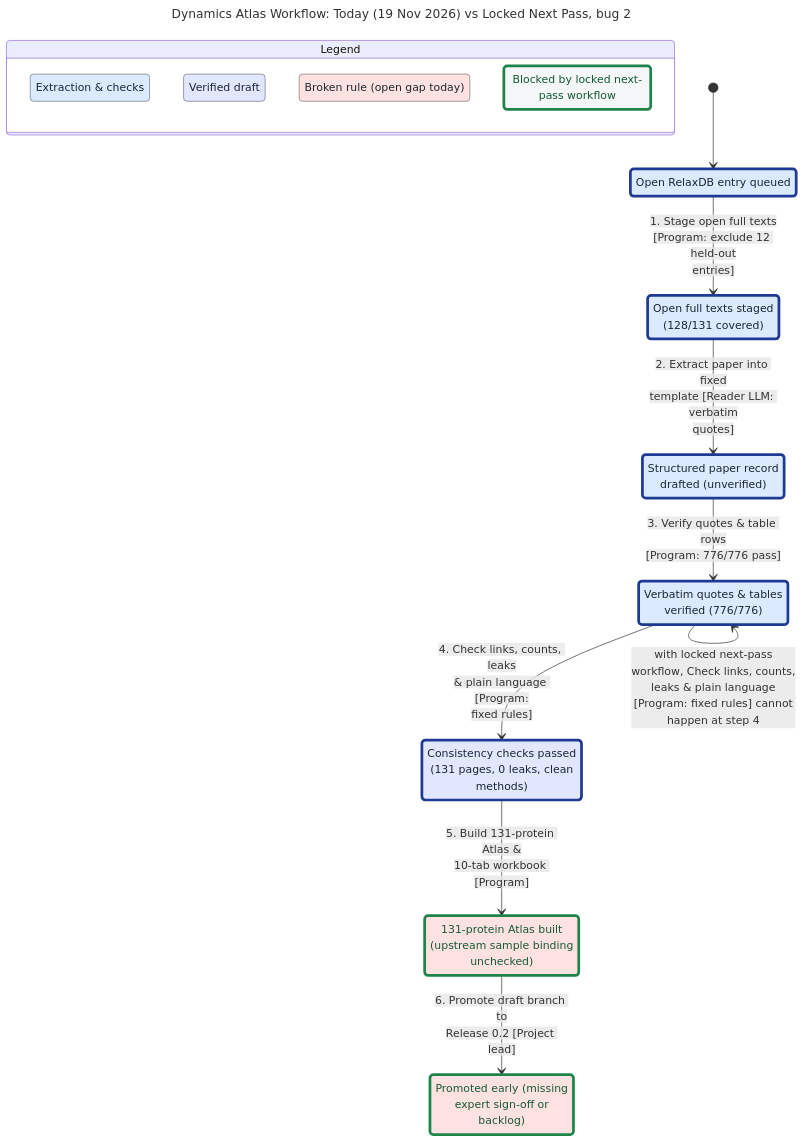
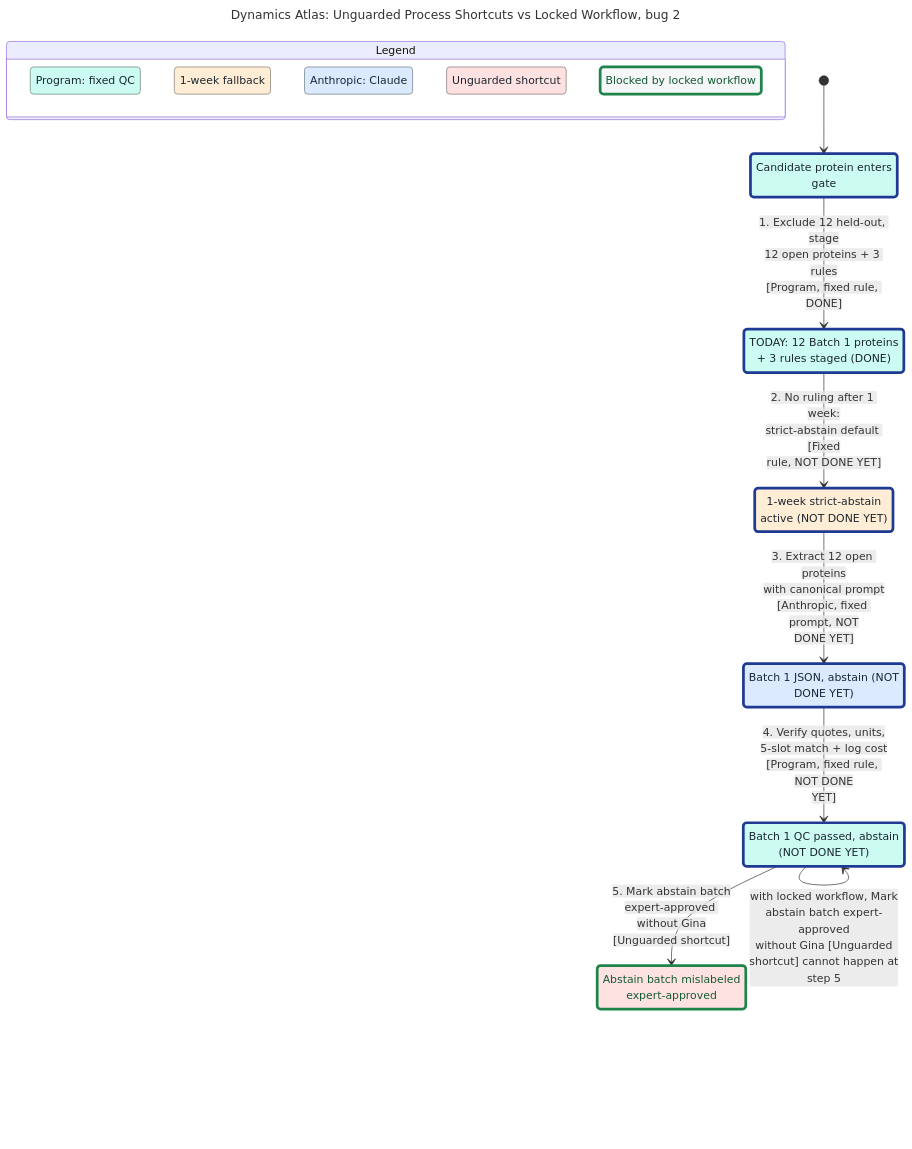
Before and after one commit to alex051107/dynamics-atlas-relaxdb: the diagram in methods/statechart/bug-2.mmd, drawn with Mermaid. The commit also changed 19 other files, not shown here.

Commit message:
Redraw TLC-verified post-Anthropic workflow statechart for README homepage

```diff
--- a/methods/statechart/bug-2.mmd
+++ b/methods/statechart/bug-2.mmd
@@ -1,48 +1,49 @@
 ---
-title: "Dynamics Atlas Workflow: Today (19 Nov 2026) vs Locked Next Pass, bug 2"
+title: "Dynamics Atlas: Unguarded Process Shortcuts vs Locked Workflow, bug 2"
 config:
   markdownAutoWrap: false
   state:
     useMaxWidth: false
 ---
 stateDiagram-v2
-  %% second model (fix): locked next-pass workflow
+  %% second model (fix): locked workflow
   classDef plainFixed fill:#f4f6f7,stroke:#1e8449,stroke-width:4px,color:#145a32
-  classDef group1 fill:#dbeafe,stroke:#6e757f,color:#1b2631
-  classDef group1Path fill:#dbeafe,stroke:#1f3a93,stroke-width:4px,color:#1b2631
-  classDef group2 fill:#e0e7ff,stroke:#707480,color:#1b2631
-  classDef group2Path fill:#e0e7ff,stroke:#1f3a93,stroke-width:4px,color:#1b2631
-  classDef group5 fill:#fee2e2,stroke:#7f7171,color:#1b2631
-  classDef group5Fixed fill:#fee2e2,stroke:#1e8449,stroke-width:4px,color:#145a32
+  classDef group1 fill:#ccfbf1,stroke:#667e79,color:#1b2631
+  classDef group1Path fill:#ccfbf1,stroke:#1f3a93,stroke-width:4px,color:#1b2631
+  classDef group3 fill:#ffedd5,stroke:#80776b,color:#1b2631
+  classDef group3Path fill:#ffedd5,stroke:#1f3a93,stroke-width:4px,color:#1b2631
+  classDef group4 fill:#dbeafe,stroke:#6e757f,color:#1b2631
+  classDef group4Path fill:#dbeafe,stroke:#1f3a93,stroke-width:4px,color:#1b2631
+  classDef group6 fill:#fee2e2,stroke:#7f7171,color:#1b2631
+  classDef group6Fixed fill:#fee2e2,stroke:#1e8449,stroke-width:4px,color:#145a32
   state "Legend" as legend {
-    state "Extraction & checks" as legendGroup1
-    state "Verified draft" as legendGroup2
-    state "Broken rule (open gap today)" as legendGroup5
-    state "Blocked by locked next-pass workflow" as legendFixed
+    state "Program: fixed QC" as legendGroup1
+    state "1-week fallback" as legendGroup3
+    state "Anthropic: Claude" as legendGroup4
+    state "Unguarded shortcut" as legendGroup6
+    state "Blocked by locked workflow" as legendFixed
   }
   class legendGroup1 group1
-  class legendGroup2 group2
-  class legendGroup5 group5
+  class legendGroup3 group3
+  class legendGroup4 group4
+  class legendGroup6 group6
   class legendFixed plainFixed
-  state "131-protein Atlas built<br/>(upstream sample binding<br/>unchecked)" as s0
-  state "Consistency checks passed<br/>(131 pages, 0 leaks, clean<br/>methods)" as s1
-  state "Open RelaxDB entry queued" as s2
-  state "Open full texts staged<br/>(128/131 covered)" as s3
-  state "Promoted early (missing<br/>expert sign-off or<br/>backlog)" as s4
-  state "Structured paper record<br/>drafted (unverified)" as s5
-  state "Verbatim quotes & tables<br/>verified (776/776)" as s6
-  [*] --> s2
-  s2 --> s3 : 1. Stage open full texts<br/>[Program: exclude 12 held-out<br/>entries]
-  s3 --> s5 : 2. Extract paper into fixed<br/>template [Reader LLM: verbatim<br/>quotes]
-  s5 --> s6 : 3. Verify quotes & table rows<br/>[Program: 776/776 pass]
-  s6 --> s1 : 4. Check links, counts, leaks<br/>& plain language [Program:<br/>fixed rules]
-  s1 --> s0 : 5. Build 131-protein Atlas &<br/>10-tab workbook [Program]
-  s0 --> s4 : 6. Promote draft branch to<br/>Release 0.2 [Project lead]
-  s6 --> s6 : with locked next-pass<br/>workflow, Check links, counts,<br/>leaks & plain language<br/>[Program: fixed rules] cannot<br/>happen at step 4
-  class s0 group5Fixed
-  class s1 group2Path
-  class s2 group1Path
+  state "1-week strict-abstain<br/>active (NOT DONE YET)" as s0
+  state "Abstain batch mislabeled<br/>expert-approved" as s1
+  state "Batch 1 JSON, abstain (NOT<br/>DONE YET)" as s2
+  state "Batch 1 QC passed, abstain<br/>(NOT DONE YET)" as s3
+  state "Candidate protein enters<br/>gate" as s4
+  state "TODAY: 12 Batch 1 proteins<br/>+ 3 rules staged (DONE)" as s5
+  [*] --> s4
+  s4 --> s5 : 1. Exclude 12 held-out, stage<br/>12 open proteins + 3 rules<br/>[Program, fixed rule, DONE]
+  s5 --> s0 : 2. No ruling after 1 week:<br/>strict-abstain default [Fixed<br/>rule, NOT DONE YET]
+  s0 --> s2 : 3. Extract 12 open proteins<br/>with canonical prompt<br/>[Anthropic, fixed prompt, NOT<br/>DONE YET]
+  s2 --> s3 : 4. Verify quotes, units,<br/>5-slot match + log cost<br/>[Program, fixed rule, NOT DONE<br/>YET]
+  s3 --> s1 : 5. Mark abstain batch<br/>expert-approved without Gina<br/>[Unguarded shortcut]
+  s3 --> s3 : with locked workflow, Mark<br/>abstain batch expert-approved<br/>without Gina [Unguarded<br/>shortcut] cannot happen at<br/>step 5
+  class s0 group3Path
+  class s1 group6Fixed
+  class s2 group4Path
   class s3 group1Path
-  class s4 group5Fixed
+  class s4 group1Path
   class s5 group1Path
-  class s6 group1Path
```
